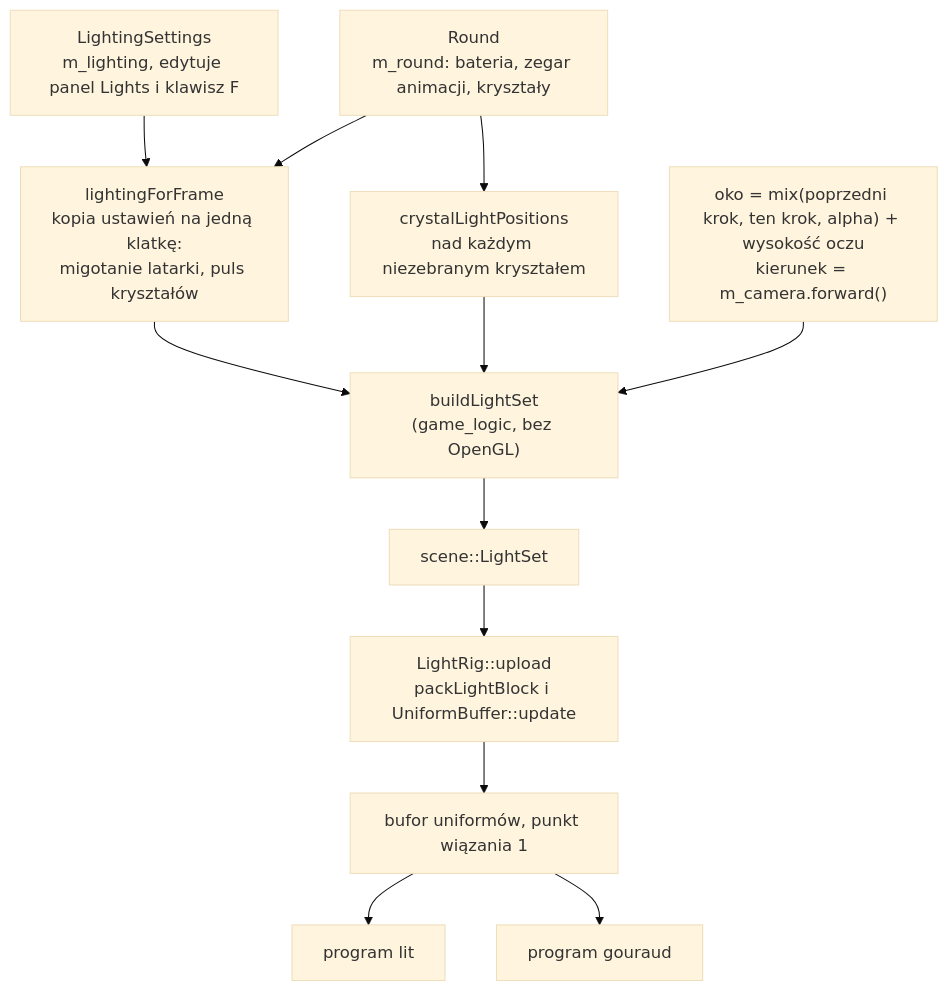
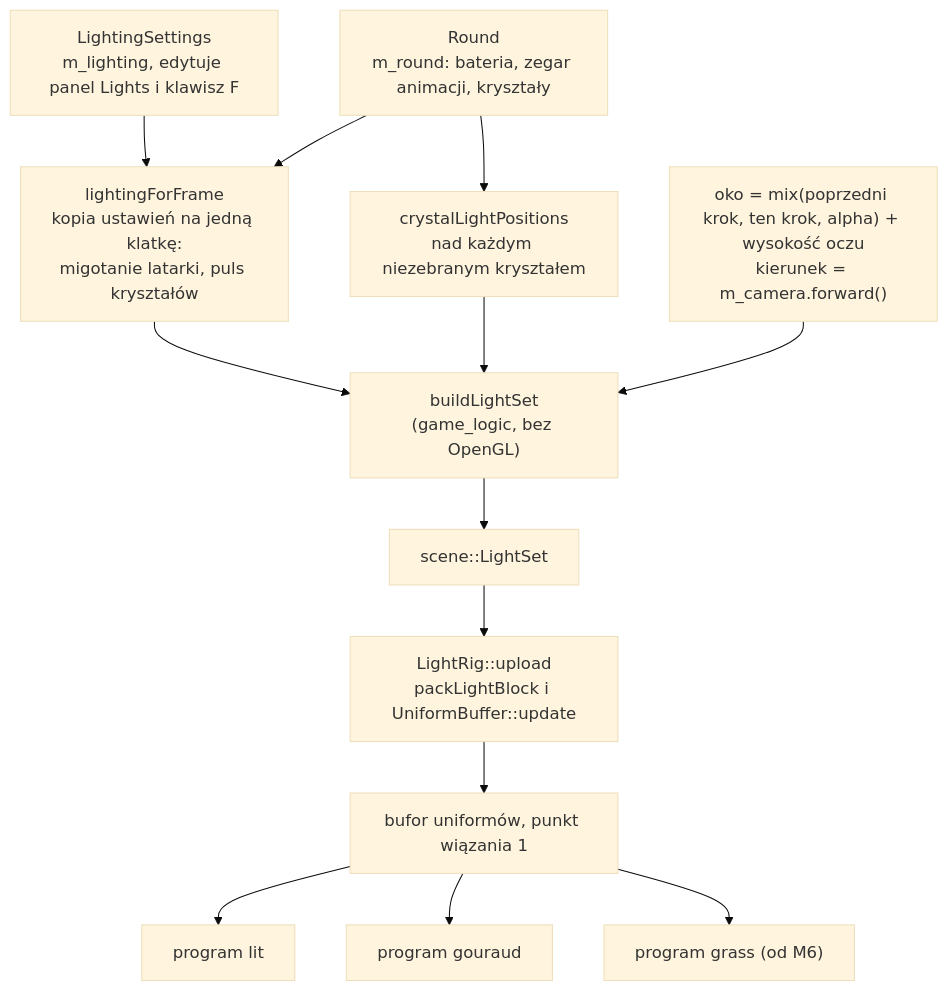
One commit to Shironex/night-maze changed the diagram in docs/modules/game/flashlight.md. Above: the diagram before and after it, drawn with Mermaid (base theme). The commit also changed other lines of this file and 30 other files, not shown here.

````diff
--- a/docs/modules/game/flashlight.md
+++ b/docs/modules/game/flashlight.md
@@ -39,14 +39,15 @@
 ```mermaid
 flowchart TD
     Settings["LightingSettings<br>m_lighting, edytuje panel Lights i klawisz F"] --> Frame
     RoundState["Round<br>m_round: bateria, zegar animacji, kryształy"] --> Frame
     Frame["lightingForFrame<br>kopia ustawień na jedną klatkę:<br>migotanie latarki, puls kryształów"] --> Build
     RoundState --> Positions["crystalLightPositions<br>nad każdym niezebranym kryształem"]
     Positions --> Build
     Eye["oko = mix(poprzedni krok, ten krok, alpha) + wysokość oczu<br>kierunek = m_camera.forward()"] --> Build
     Build["buildLightSet<br>(game_logic, bez OpenGL)"] --> Set["scene::LightSet"]
     Set --> Upload["LightRig::upload<br>packLightBlock i UniformBuffer::update"]
     Upload --> Card["bufor uniformów, punkt wiązania 1"]
     Card --> Lit["program lit"]
     Card --> Gouraud["program gouraud"]
+    Card --> Grass["program grass (od M6)"]
 ```
````
